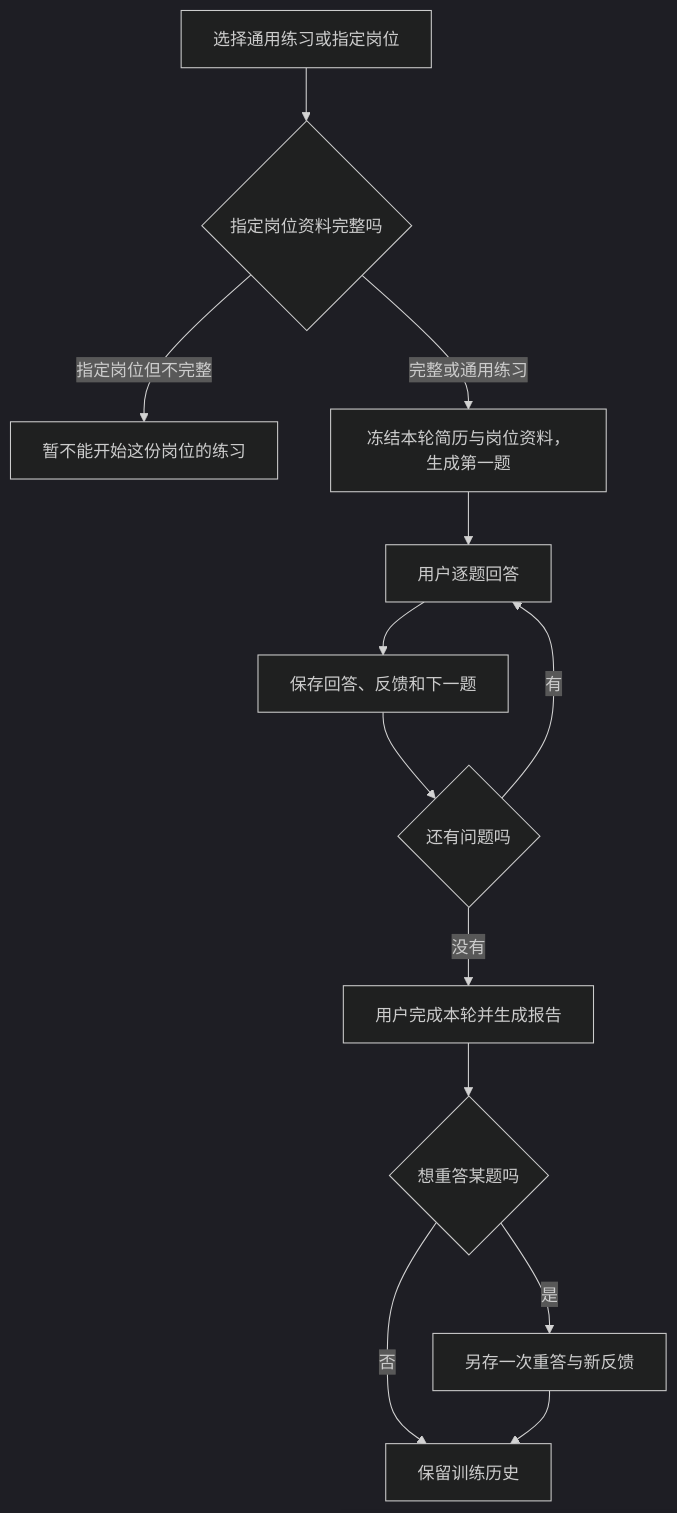
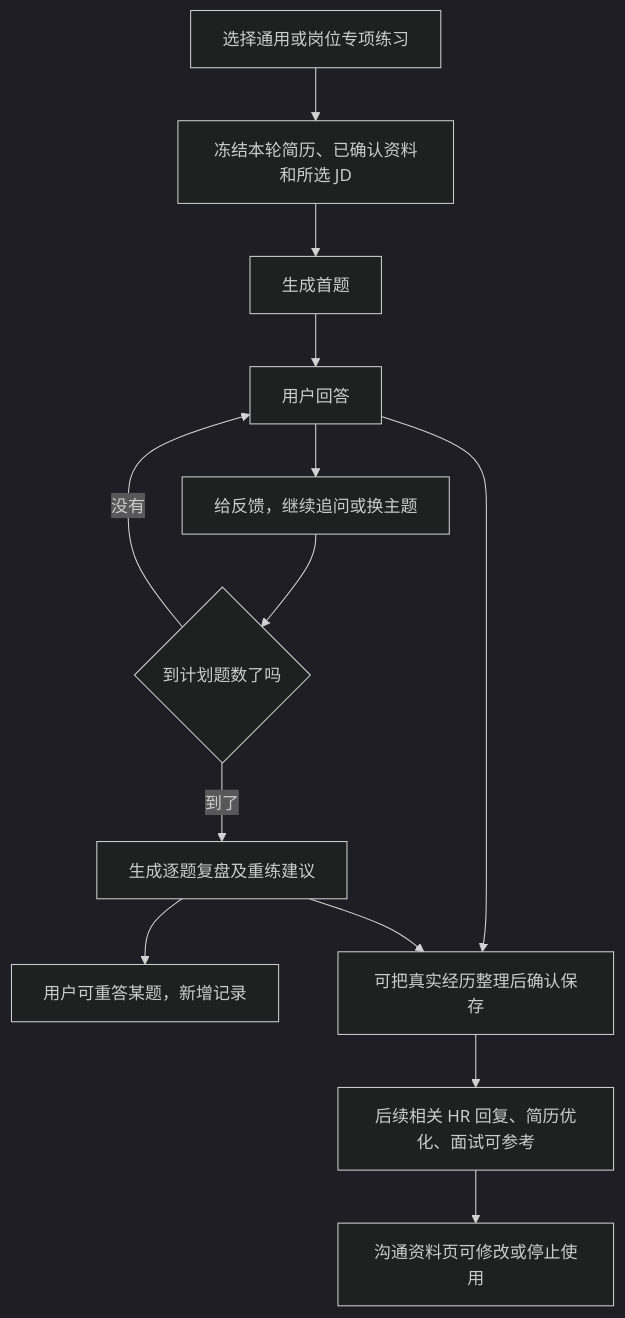
Before and after one commit to daydreamer0213/OfferGo: diagram 12 of 16 in docs/offergo-product-module-flows.md, drawn with Mermaid (dark theme). The commit also changed other lines of this file and 24 other files, not shown here.

````diff
--- a/docs/offergo-product-module-flows.md
+++ b/docs/offergo-product-module-flows.md
@@ -296,15 +295,15 @@
 ```mermaid
 flowchart TD
-  A[选择通用练习或指定岗位] --> B{指定岗位资料完整吗}
-  B -- 指定岗位但不完整 --> C[暂不能开始这份岗位的练习]
-  B -- 完整或通用练习 --> D[冻结本轮简历与岗位资料，生成第一题]
-  D --> E[用户逐题回答]
-  E --> F[保存回答、反馈和下一题]
-  F --> G{还有问题吗}
-  G -- 有 --> E
-  G -- 没有 --> H[用户完成本轮并生成报告]
-  H --> I{想重答某题吗}
-  I -- 是 --> J[另存一次重答与新反馈]
-  I -- 否 --> K[保留训练历史]
-  J --> K
+  A[选择通用或岗位专项练习] --> B[冻结本轮简历、已确认资料和所选 JD]
+  B --> C[生成首题]
+  C --> D[用户回答]
+  D --> E[给反馈，继续追问或换主题]
+  E --> F{到计划题数了吗}
+  F -- 没有 --> D
+  F -- 到了 --> G[生成逐题复盘及重练建议]
+  G --> H[用户可重答某题，新增记录]
+  D --> I[可把真实经历整理后确认保存]
+  G --> I
+  I --> J[后续相关 HR 回复、简历优化、面试可参考]
+  J --> K[沟通资料页可修改或停止使用]
 ```
````
